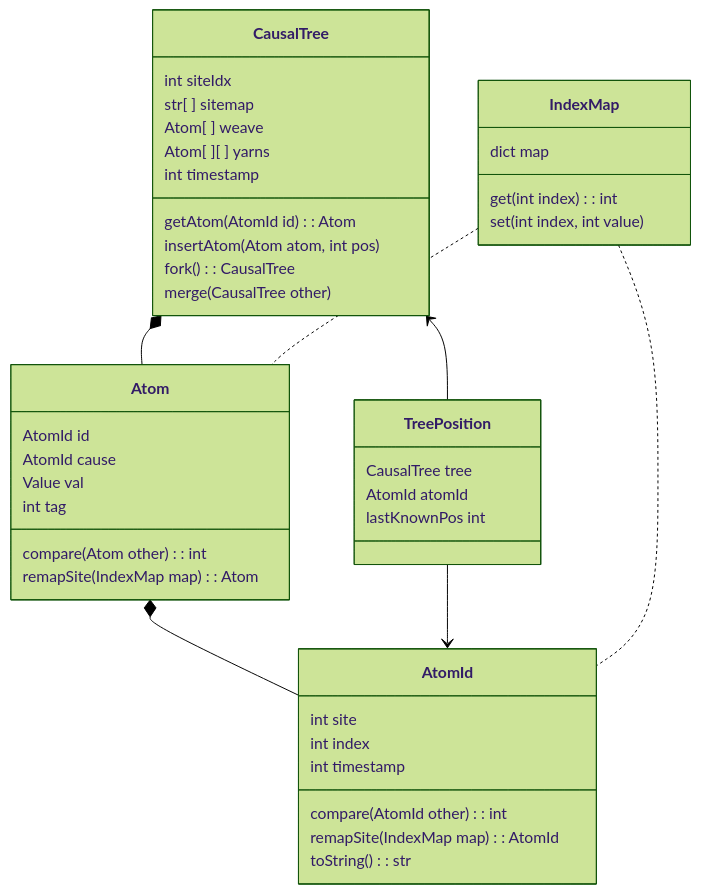
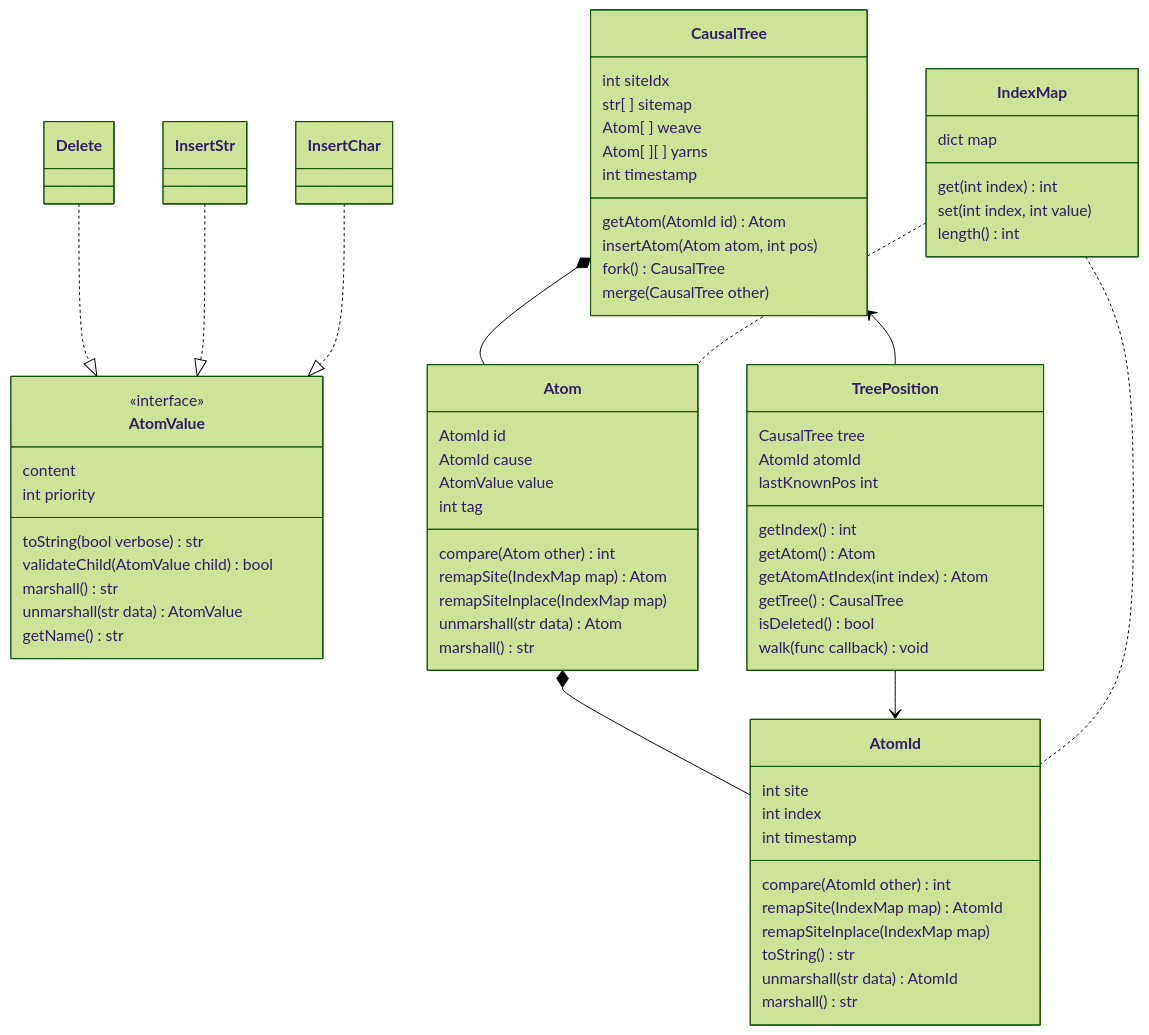
Before and after one commit to crdteam/causal-tree-ts: the second of 2 diagrams in README.md, drawn with Mermaid (forest theme). The commit also changed other lines of this file, not shown here.

````diff
--- a/README.md
+++ b/README.md
@@ -176,7 +127,10 @@
 ```mermaid
 classDiagram
+    Delete ..|> AtomValue
     Atom *-- AtomId
     CausalTree *-- Atom
+    InsertStr ..|> AtomValue
+    InsertChar ..|> AtomValue
     CausalTree <-- TreePosition
     TreePosition --> AtomId
     IndexMap .. Atom
@@ -188,40 +142,75 @@
       Atom[ ] weave
       Atom[ ][ ] yarns
       int timestamp
-      getAtom(AtomId id): Atom
+      getAtom(AtomId id) Atom
       insertAtom(Atom atom, int pos)
-      fork(): CausalTree
+      fork() CausalTree
       merge(CausalTree other)
     }
 
     class Atom {
       AtomId id
       AtomId cause
-      Value val
+      AtomValue value
       int tag
-      compare(Atom other): int
-      remapSite(IndexMap map): Atom
-      
+      compare(Atom other) int
+      remapSite(IndexMap map) Atom
+      remapSiteInplace(IndexMap map)
+      unmarshall(str data) Atom
+      marshall() str
     }
 
     class AtomId {
       int site
       int index
       int timestamp
-      compare(AtomId other): int
-      remapSite(IndexMap map): AtomId
-      toString(): str
+      compare(AtomId other) int
+      remapSite(IndexMap map) AtomId
+      remapSiteInplace(IndexMap map)
+      toString() str
+      unmarshall(str data) AtomId
+      marshall() str
     }
+
+    class AtomValue {
+      <<interface>>
+      content
+      int priority
+      toString(bool verbose) str
+      validateChild(AtomValue child) bool
+      marshall() str
+      unmarshall(str data) AtomValue
+      getName() str
+    }
+
+    class InsertStr
+
+    class InsertChar 
+
+    class Delete
 
     class TreePosition {
       CausalTree tree
       AtomId atomId
       lastKnownPos int
+      getIndex() int
+      getAtom() Atom
+      getAtomAtIndex(int index) Atom
+      getTree() CausalTree
+      isDeleted() bool
+      walk(func callback) void
     }
 
     class IndexMap {
       dict map
-      get(int index): int
+      get(int index) int
       set(int index, int value)
+      length() int
     }
+
+    %% class InsertCounter
+    %% InsertCounter ..|> AtomValue
+
+    %% class InsertAdd
+    %% InsertAdd ..|> AtomValue
 ```
````
